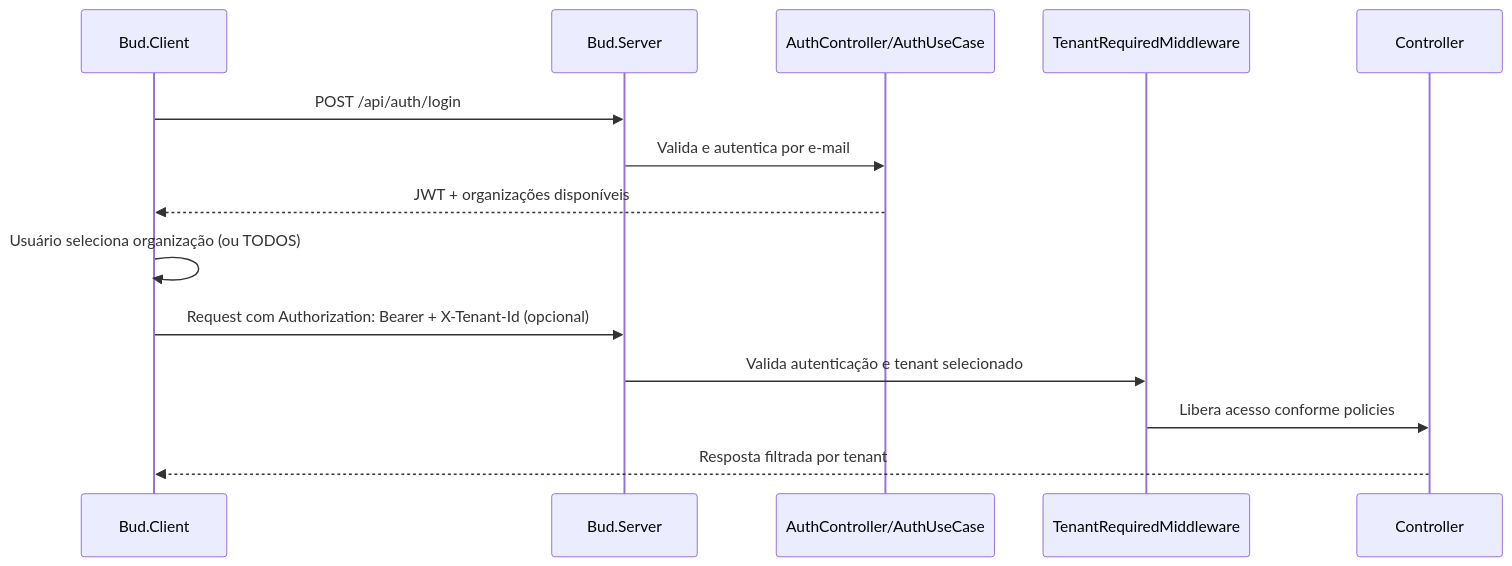
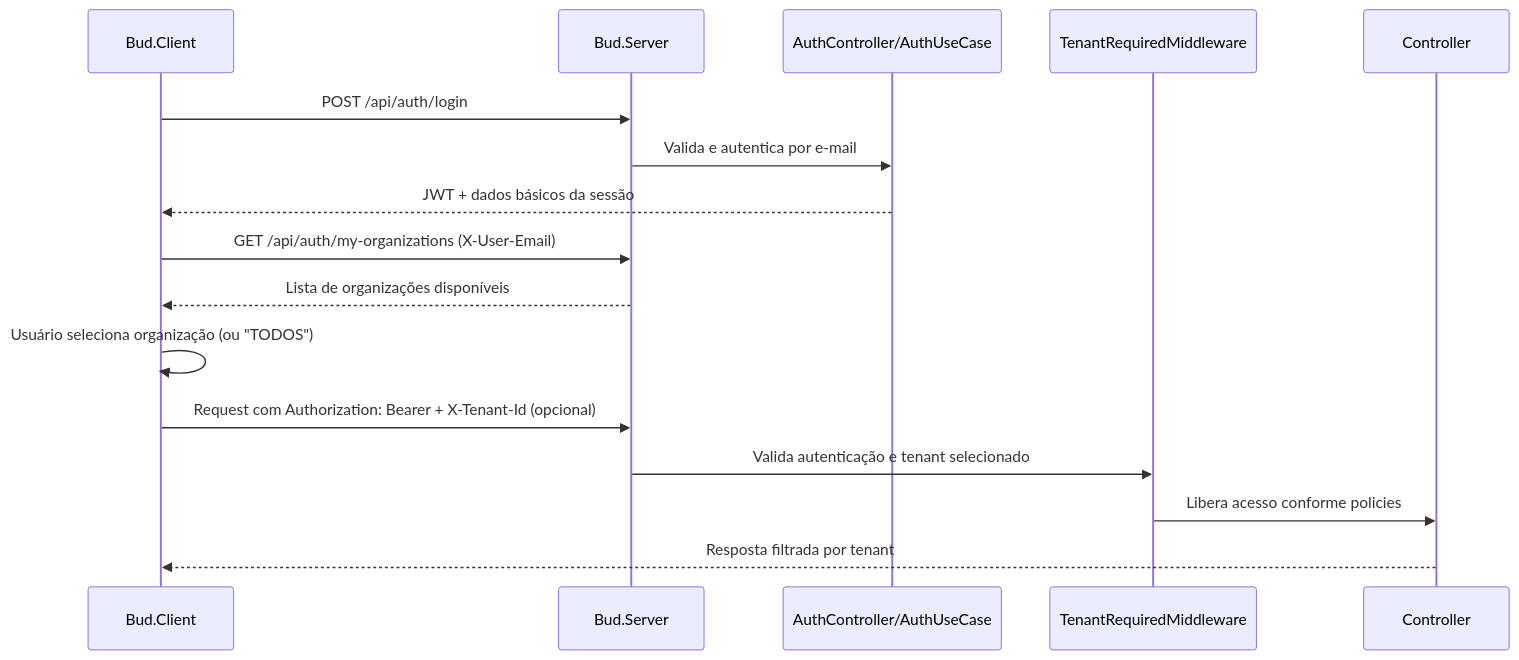
The fourth of 10 diagrams in README.md (dsbraz/bud), drawn with Mermaid before and after one commit. The commit also changed other lines of this file, not shown here.

````diff
--- a/README.md
+++ b/README.md
@@ -216,18 +216,21 @@
 ```mermaid
 sequenceDiagram
     participant UI as Bud.Client
     participant API as Bud.Server
     participant AUTH as AuthController/AuthUseCase
     participant TENANT as TenantRequiredMiddleware
     participant CTRL as Controller
 
     UI->>API: POST /api/auth/login
     API->>AUTH: Valida e autentica por e-mail
-    AUTH-->>UI: JWT + organizações disponíveis
+    AUTH-->>UI: JWT + dados básicos da sessão
 
-    UI->>UI: Usuário seleciona organização (ou TODOS)
+    UI->>API: GET /api/auth/my-organizations (X-User-Email)
+    API-->>UI: Lista de organizações disponíveis
+
+    UI->>UI: Usuário seleciona organização (ou "TODOS")
     UI->>API: Request com Authorization: Bearer + X-Tenant-Id (opcional)
     API->>TENANT: Valida autenticação e tenant selecionado
     TENANT->>CTRL: Libera acesso conforme policies
     CTRL-->>UI: Resposta filtrada por tenant
 ```
````
